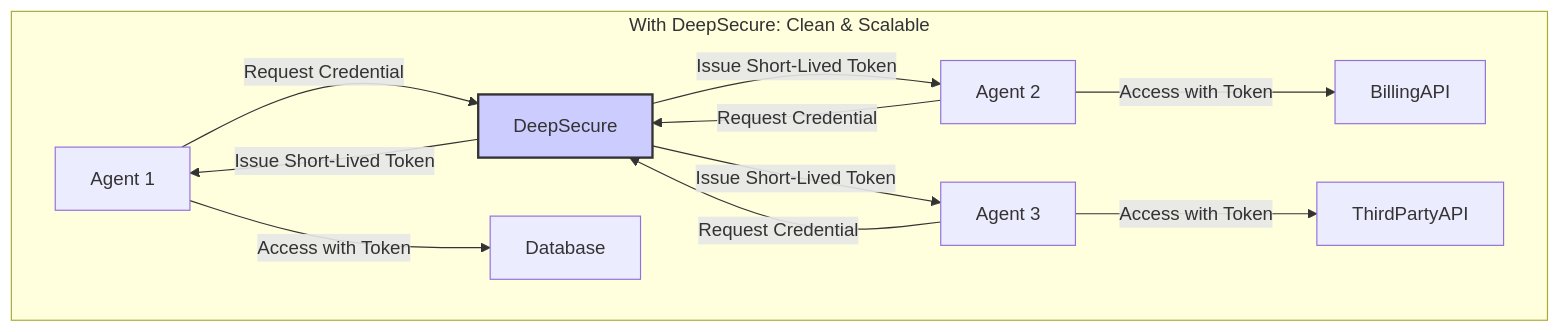
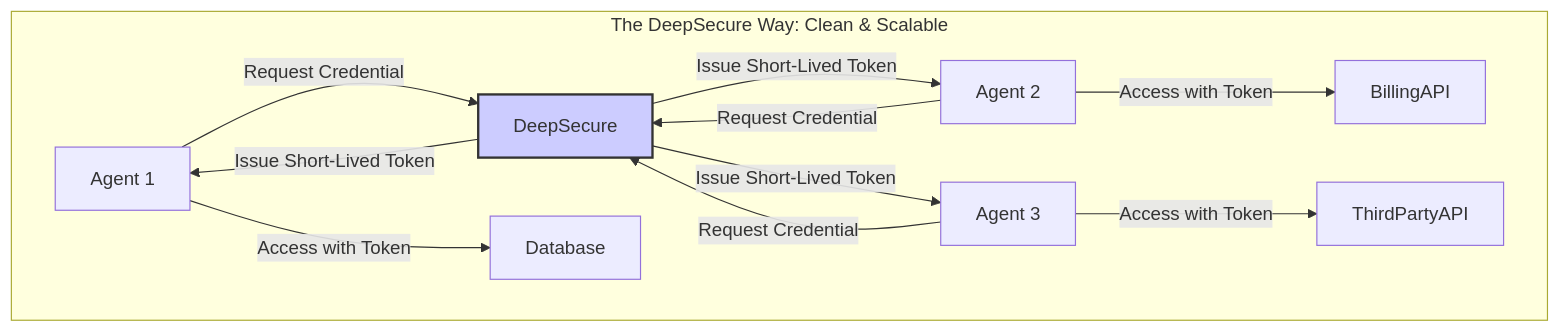
Before and after one commit to DeepTrail/deepsecure: the second of 3 diagrams in README.md, drawn with Mermaid. The commit also changed other lines of this file and 8 other files, not shown here.

````diff
--- a/README.md
+++ b/README.md
@@ -170,18 +174,18 @@
 ```mermaid
 graph TD
-    subgraph "With DeepSecure: Clean & Scalable"
+    subgraph "The DeepSecure Way: Clean & Scalable"
         Agent1["Agent 1"] -->|"Request Credential"| DeepSecure
         Agent2["Agent 2"] -->|"Request Credential"| DeepSecure
         Agent3["Agent 3"] -->|"Request Credential"| DeepSecure
 
         DeepSecure -->|"Issue Short-Lived Token"| Agent1
         DeepSecure -->|"Issue Short-Lived Token"| Agent2
         DeepSecure -->|"Issue Short-Lived Token"| Agent3
 
         Agent1 -->|"Access with Token"| Database
         Agent2 -->|"Access with Token"| BillingAPI
         Agent3 -->|"Access with Token"| ThirdPartyAPI
 
         style DeepSecure fill:#ccf,stroke:#333,stroke-width:2px
     end
 ```
````
